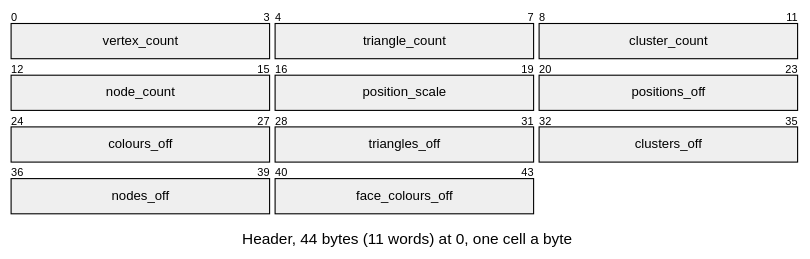
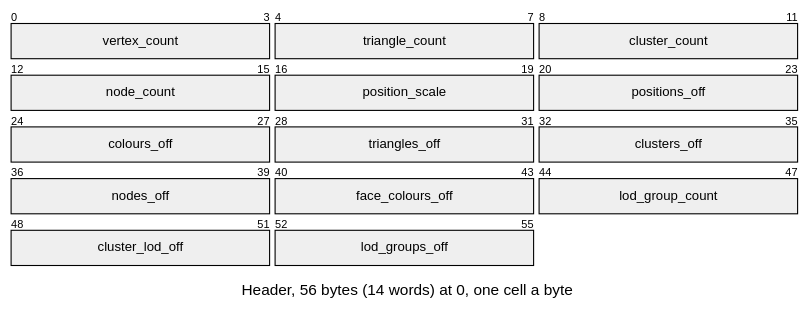
Before and after one commit to jose-villegas/autana: the first of 9 diagrams in docs/assets/formats/LMSH.md, drawn with Mermaid. The commit also changed other lines of this file and 15 other files, not shown here.

````diff
--- a/docs/assets/formats/LMSH.md
+++ b/docs/assets/formats/LMSH.md
@@ -10,22 +10,25 @@
 ```mermaid
 ---
 config:
-  themeCSS: "g:nth-of-type(2) rect:nth-of-type(1) { fill: #93d6b0 !important; } g:nth-of-type(2) rect:nth-of-type(2) { fill: #93d6b0 !important; } g:nth-of-type(2) rect:nth-of-type(3) { fill: #93d6b0 !important; } g:nth-of-type(3) rect:nth-of-type(1) { fill: #93d6b0 !important; } g:nth-of-type(3) rect:nth-of-type(2) { fill: #e3e3e3 !important; } g:nth-of-type(3) rect:nth-of-type(3) { fill: #f4a885 !important; } g:nth-of-type(4) rect:nth-of-type(1) { fill: #f4a885 !important; } g:nth-of-type(4) rect:nth-of-type(2) { fill: #f4a885 !important; } g:nth-of-type(4) rect:nth-of-type(3) { fill: #f4a885 !important; } g:nth-of-type(5) rect:nth-of-type(1) { fill: #f4a885 !important; } g:nth-of-type(5) rect:nth-of-type(2) { fill: #f4a885 !important; } .packetLabel { fill: #1b1b1b !important; }"
+  themeCSS: "g:nth-of-type(2) rect:nth-of-type(1) { fill: #93d6b0 !important; } g:nth-of-type(2) rect:nth-of-type(2) { fill: #93d6b0 !important; } g:nth-of-type(2) rect:nth-of-type(3) { fill: #93d6b0 !important; } g:nth-of-type(3) rect:nth-of-type(1) { fill: #93d6b0 !important; } g:nth-of-type(3) rect:nth-of-type(2) { fill: #e3e3e3 !important; } g:nth-of-type(3) rect:nth-of-type(3) { fill: #f4a885 !important; } g:nth-of-type(4) rect:nth-of-type(1) { fill: #f4a885 !important; } g:nth-of-type(4) rect:nth-of-type(2) { fill: #f4a885 !important; } g:nth-of-type(4) rect:nth-of-type(3) { fill: #f4a885 !important; } g:nth-of-type(5) rect:nth-of-type(1) { fill: #f4a885 !important; } g:nth-of-type(5) rect:nth-of-type(2) { fill: #f4a885 !important; } g:nth-of-type(5) rect:nth-of-type(3) { fill: #93d6b0 !important; } g:nth-of-type(6) rect:nth-of-type(1) { fill: #f4a885 !important; } g:nth-of-type(6) rect:nth-of-type(2) { fill: #f4a885 !important; } .packetLabel { fill: #1b1b1b !important; }"
   packet:
     bitsPerRow: 12
     bitWidth: 60
 ---
 packet-beta
-title Header, 44 bytes (11 words) at 0, one cell a byte
+title Header, 56 bytes (14 words) at 0, one cell a byte
 0-3: "vertex_count"
 4-7: "triangle_count"
 8-11: "cluster_count"
 12-15: "node_count"
 16-19: "position_scale"
 20-23: "positions_off"
 24-27: "colours_off"
 28-31: "triangles_off"
 32-35: "clusters_off"
 36-39: "nodes_off"
 40-43: "face_colours_off"
+44-47: "lod_group_count"
+48-51: "cluster_lod_off"
+52-55: "lod_groups_off"
 ```
````
